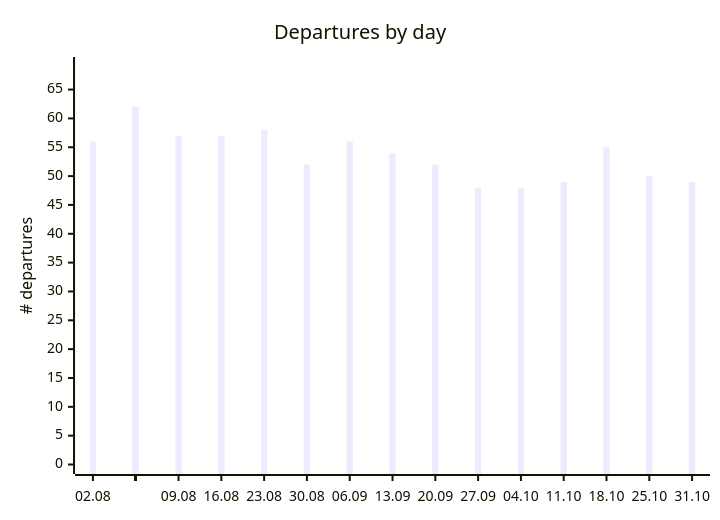
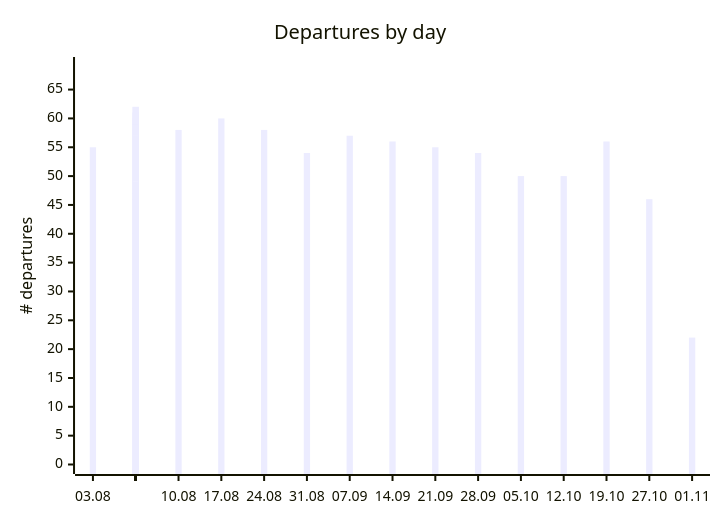
The first of 2 diagrams in README.md (rainermesi/tll-airport-departures), drawn with Mermaid before and after one commit. The commit also changed other lines of this file and 3 other files, not shown here.

````diff
--- a/README.md
+++ b/README.md
@@ -65,12 +65,12 @@
 ```mermaid
 ---
 xyChart:
     xAxis:
       labelFontSize: 8
 ---
 xychart-beta
     title "Departures by day"
-    x-axis ["02.08", " ", " ", " ", " ", " ", " ", "09.08", " ", " ", " ", " ", " ", " ", "16.08", " ", " ", " ", " ", " ", " ", "23.08", " ", " ", " ", " ", " ", " ", "30.08", " ", " ", " ", " ", " ", " ", "06.09", " ", " ", " ", " ", " ", " ", "13.09", " ", " ", " ", " ", " ", " ", "20.09", " ", " ", " ", " ", " ", " ", "27.09", " ", " ", " ", " ", " ", " ", "04.10", " ", " ", " ", " ", " ", " ", "11.10", " ", " ", " ", " ", " ", " ", "18.10", " ", " ", " ", " ", " ", " ", "25.10", " ", " ", " ", " ", "31.10"]
+    x-axis ["03.08", " ", " ", " ", " ", " ", " ", "10.08", " ", " ", " ", " ", " ", " ", "17.08", " ", " ", " ", " ", " ", " ", "24.08", " ", " ", " ", " ", " ", " ", "31.08", " ", " ", " ", " ", " ", " ", "07.09", " ", " ", " ", " ", " ", " ", "14.09", " ", " ", " ", " ", " ", " ", "21.09", " ", " ", " ", " ", " ", " ", "28.09", " ", " ", " ", " ", " ", " ", "05.10", " ", " ", " ", " ", " ", " ", "12.10", " ", " ", " ", " ", " ", " ", "19.10", " ", " ", " ", " ", " ", " ", "27.10", " ", " ", " ", " ", "01.11"]
     y-axis "# departures" 0 --> 69
-    bar [56, 55, 44, 50, 51, 62, 45, 57, 58, 43, 53, 54, 61, 48, 57, 60, 46, 54, 55, 60, 43, 58, 58, 48, 54, 33, 32, 34, 52, 54, 45, 54, 49, 62, 42, 56, 57, 48, 53, 52, 61, 44, 54, 56, 47, 51, 52, 59, 43, 52, 55, 46, 51, 53, 57, 40, 48, 54, 42, 46, 52, 54, 40, 48, 50, 36, 45, 46, 53, 35, 49, 50, 34, 46, 52, 58, 44, 55, 56, 46, 48, 52, 57, 46, 50, 46, 51, 27, 49, 49]
+    bar [55, 44, 50, 51, 62, 45, 57, 58, 43, 53, 54, 61, 48, 57, 60, 46, 54, 55, 60, 43, 58, 58, 48, 54, 33, 32, 34, 52, 54, 45, 54, 49, 62, 42, 56, 57, 48, 53, 52, 61, 44, 54, 56, 47, 51, 52, 59, 43, 52, 55, 46, 51, 53, 57, 40, 48, 54, 42, 46, 52, 54, 40, 48, 50, 36, 45, 46, 53, 35, 49, 50, 34, 46, 52, 58, 44, 55, 56, 46, 48, 52, 57, 46, 50, 46, 51, 27, 49, 49, 22]
 ```
````
